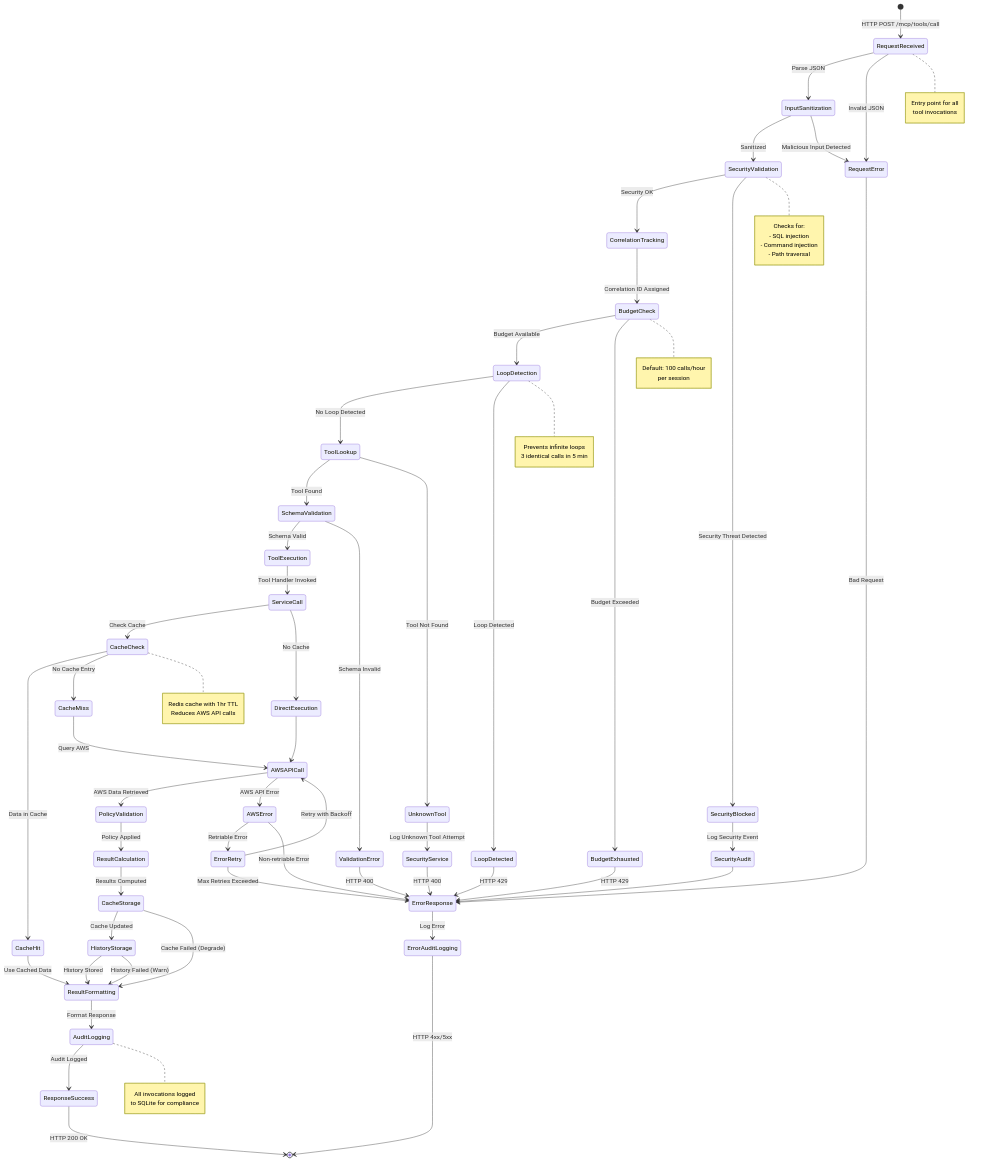
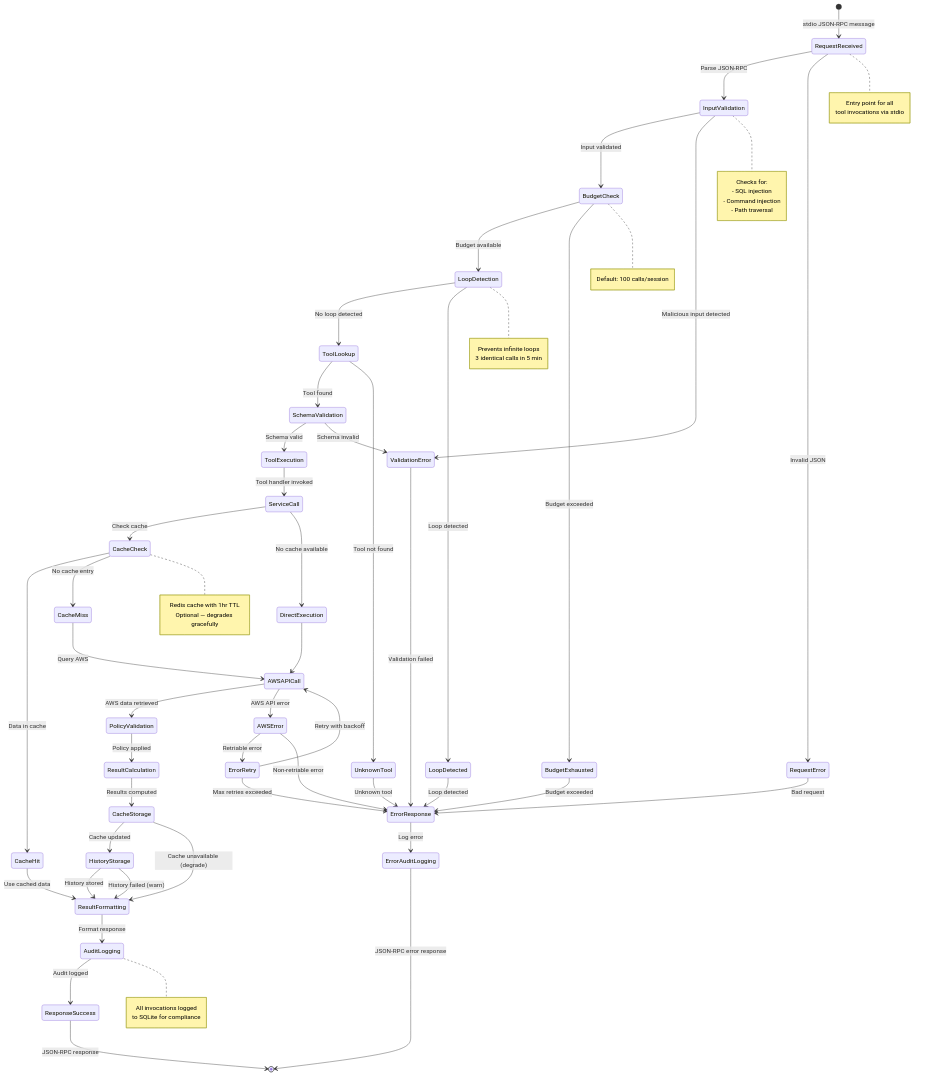
The first of 4 diagrams in docs/diagrams/02-state-machine-diagrams.md (OptimNow/finops-tag-compliance-mcp), drawn with Mermaid before and after one commit. The commit also changed other lines of this file and 6 other files, not shown here.

First line of the commit message:
docs: rewrite diagrams for stdio architecture, delete HTTP-only docs

````diff
--- a/docs/diagrams/02-state-machine-diagrams.md
+++ b/docs/diagrams/02-state-machine-diagrams.md
@@ -7,86 +7,78 @@
 ```mermaid
 stateDiagram-v2
-    [*] --> RequestReceived: HTTP POST /mcp/tools/call
+    [*] --> RequestReceived: stdio JSON-RPC message
 
-    RequestReceived --> InputSanitization: Parse JSON
+    RequestReceived --> InputValidation: Parse JSON-RPC
     RequestReceived --> RequestError: Invalid JSON
 
-    InputSanitization --> SecurityValidation: Sanitized
-    InputSanitization --> RequestError: Malicious Input Detected
+    InputValidation --> BudgetCheck: Input validated
+    InputValidation --> ValidationError: Malicious input detected
 
-    SecurityValidation --> CorrelationTracking: Security OK
-    SecurityValidation --> SecurityBlocked: Security Threat Detected
+    BudgetCheck --> LoopDetection: Budget available
+    BudgetCheck --> BudgetExhausted: Budget exceeded
 
-    CorrelationTracking --> BudgetCheck: Correlation ID Assigned
+    LoopDetection --> ToolLookup: No loop detected
+    LoopDetection --> LoopDetected: Loop detected
 
-    BudgetCheck --> LoopDetection: Budget Available
-    BudgetCheck --> BudgetExhausted: Budget Exceeded
+    ToolLookup --> SchemaValidation: Tool found
+    ToolLookup --> UnknownTool: Tool not found
 
-    LoopDetection --> ToolLookup: No Loop Detected
-    LoopDetection --> LoopDetected: Loop Detected
+    SchemaValidation --> ToolExecution: Schema valid
+    SchemaValidation --> ValidationError: Schema invalid
 
-    ToolLookup --> SchemaValidation: Tool Found
-    ToolLookup --> UnknownTool: Tool Not Found
+    ToolExecution --> ServiceCall: Tool handler invoked
 
-    SchemaValidation --> ToolExecution: Schema Valid
-    SchemaValidation --> ValidationError: Schema Invalid
+    ServiceCall --> CacheCheck: Check cache
+    ServiceCall --> DirectExecution: No cache available
 
-    ToolExecution --> ServiceCall: Tool Handler Invoked
+    CacheCheck --> CacheHit: Data in cache
+    CacheCheck --> CacheMiss: No cache entry
 
-    ServiceCall --> CacheCheck: Check Cache
-    ServiceCall --> DirectExecution: No Cache
-
-    CacheCheck --> CacheHit: Data in Cache
-    CacheCheck --> CacheMiss: No Cache Entry
-
-    CacheHit --> ResultFormatting: Use Cached Data
+    CacheHit --> ResultFormatting: Use cached data
     CacheMiss --> AWSAPICall: Query AWS
 
     DirectExecution --> AWSAPICall
 
-    AWSAPICall --> PolicyValidation: AWS Data Retrieved
-    AWSAPICall --> AWSError: AWS API Error
+    AWSAPICall --> PolicyValidation: AWS data retrieved
+    AWSAPICall --> AWSError: AWS API error
 
-    PolicyValidation --> ResultCalculation: Policy Applied
+    PolicyValidation --> ResultCalculation: Policy applied
 
-    ResultCalculation --> CacheStorage: Results Computed
+    ResultCalculation --> CacheStorage: Results computed
 
-    CacheStorage --> HistoryStorage: Cache Updated
-    CacheStorage --> ResultFormatting: Cache Failed (Degrade)
+    CacheStorage --> HistoryStorage: Cache updated
+    CacheStorage --> ResultFormatting: Cache unavailable (degrade)
 
-    HistoryStorage --> ResultFormatting: History Stored
-    HistoryStorage --> ResultFormatting: History Failed (Warn)
+    HistoryStorage --> ResultFormatting: History stored
+    HistoryStorage --> ResultFormatting: History failed (warn)
 
-    ResultFormatting --> AuditLogging: Format Response
+    ResultFormatting --> AuditLogging: Format response
 
-    AuditLogging --> ResponseSuccess: Audit Logged
+    AuditLogging --> ResponseSuccess: Audit logged
 
-    ResponseSuccess --> [*]: HTTP 200 OK
+    ResponseSuccess --> [*]: JSON-RPC response
 
     %% Error States
-    RequestError --> ErrorResponse: Bad Request
-    SecurityBlocked --> SecurityAudit: Log Security Event
-    SecurityAudit --> ErrorResponse
-    BudgetExhausted --> ErrorResponse: HTTP 429
-    LoopDetected --> ErrorResponse: HTTP 429
-    UnknownTool --> SecurityService: Log Unknown Tool Attempt
-    SecurityService --> ErrorResponse: HTTP 400
-    ValidationError --> ErrorResponse: HTTP 400
-    AWSError --> ErrorRetry: Retriable Error
-    ErrorRetry --> AWSAPICall: Retry with Backoff
-    ErrorRetry --> ErrorResponse: Max Retries Exceeded
-    AWSError --> ErrorResponse: Non-retriable Error
+    RequestError --> ErrorResponse: Bad request
+    BudgetExhausted --> ErrorResponse: Budget exceeded
+    LoopDetected --> ErrorResponse: Loop detected
+    UnknownTool --> ErrorResponse: Unknown tool
+    ValidationError --> ErrorResponse: Validation failed
+    AWSError --> ErrorRetry: Retriable error
+    ErrorRetry --> AWSAPICall: Retry with backoff
+    ErrorRetry --> ErrorResponse: Max retries exceeded
+    AWSError --> ErrorResponse: Non-retriable error
 
-    ErrorResponse --> ErrorAuditLogging: Log Error
-    ErrorAuditLogging --> [*]: HTTP 4xx/5xx
+    ErrorResponse --> ErrorAuditLogging: Log error
+    ErrorAuditLogging --> [*]: JSON-RPC error response
 
     %% State Notes
     note right of RequestReceived
         Entry point for all
-        tool invocations
+        tool invocations via stdio
     end note
 
-    note right of SecurityValidation
+    note right of InputValidation
         Checks for:
         - SQL injection
         - Command injection
@@ -94,8 +86,7 @@
     end note
 
     note right of BudgetCheck
-        Default: 100 calls/hour
-        per session
+        Default: 100 calls/session
     end note
 
     note right of LoopDetection
@@ -105,7 +96,7 @@
 
     note right of CacheCheck
         Redis cache with 1hr TTL
-        Reduces AWS API calls
+        Optional — degrades gracefully
     end note
 
     note right of AuditLogging
````
